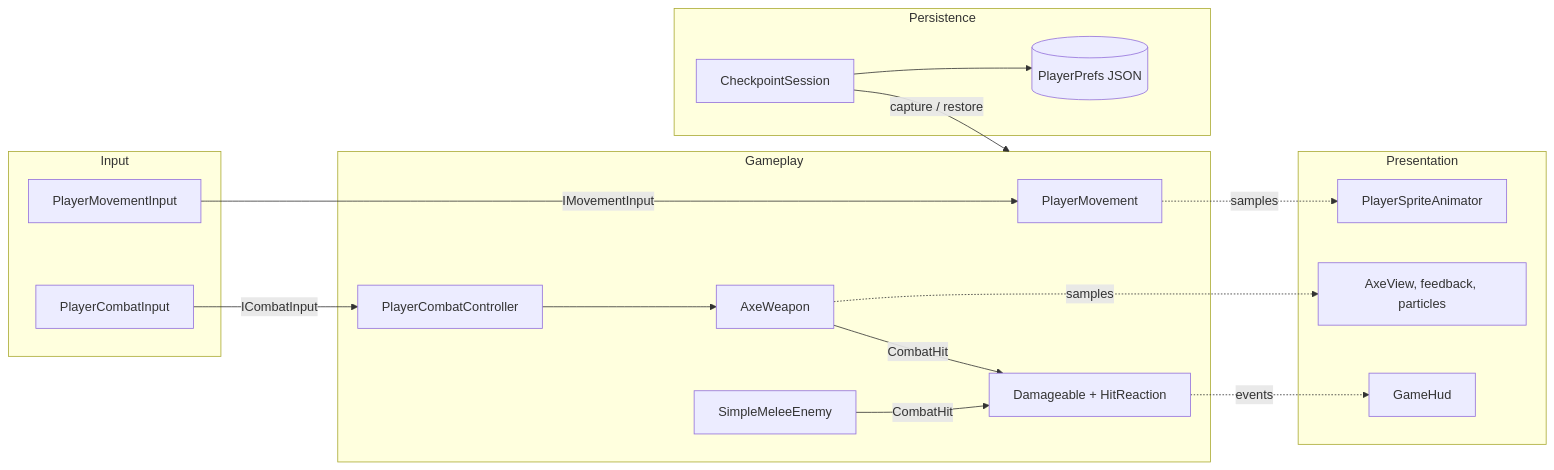
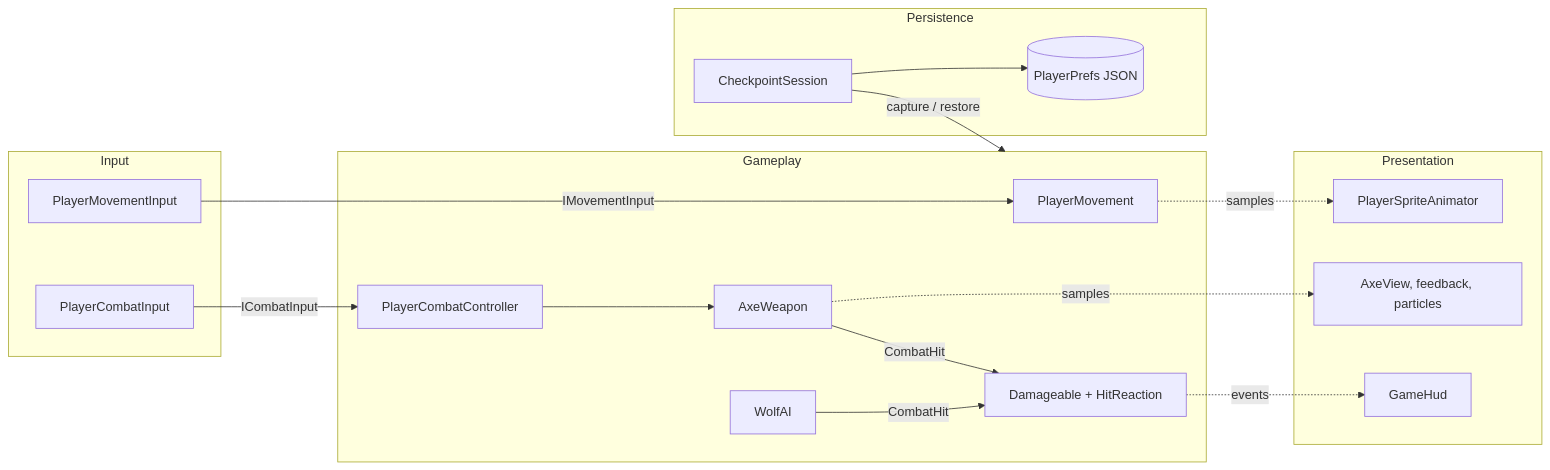
The first of 6 diagrams in Docs/SystemsOverview.md (Ronno7/RoadOfTheOldKing), drawn with Mermaid before and after one commit. The commit also changed other lines of this file and 1106 other files, not shown here.

Commit message:
Improved wolf AI, added enemy poise feature, new wolf art and anims, improved player hit feedback

````diff
--- a/Docs/SystemsOverview.md
+++ b/Docs/SystemsOverview.md
@@ -15,33 +15,33 @@
 ```mermaid
 flowchart LR
   subgraph Input
     MI[PlayerMovementInput]
     CI[PlayerCombatInput]
   end
   subgraph Gameplay
     PM[PlayerMovement]
     PC[PlayerCombatController]
     AW[AxeWeapon]
     HP["Damageable + HitReaction"]
-    EN[SimpleMeleeEnemy]
+    EN[WolfAI]
   end
   subgraph Presentation
     AN[PlayerSpriteAnimator]
     FX["AxeView, feedback, particles"]
     HUD[GameHud]
   end
   subgraph Persistence
     CS[CheckpointSession]
     ST[("PlayerPrefs JSON")]
   end
   MI -->|IMovementInput| PM
   CI -->|ICombatInput| PC
   PC --> AW
   AW -->|CombatHit| HP
   EN -->|CombatHit| HP
   PM -.->|samples| AN
   AW -.->|samples| FX
   HP -.->|events| HUD
   CS -->|"capture / restore"| Gameplay
   CS --> ST
 ```
````
